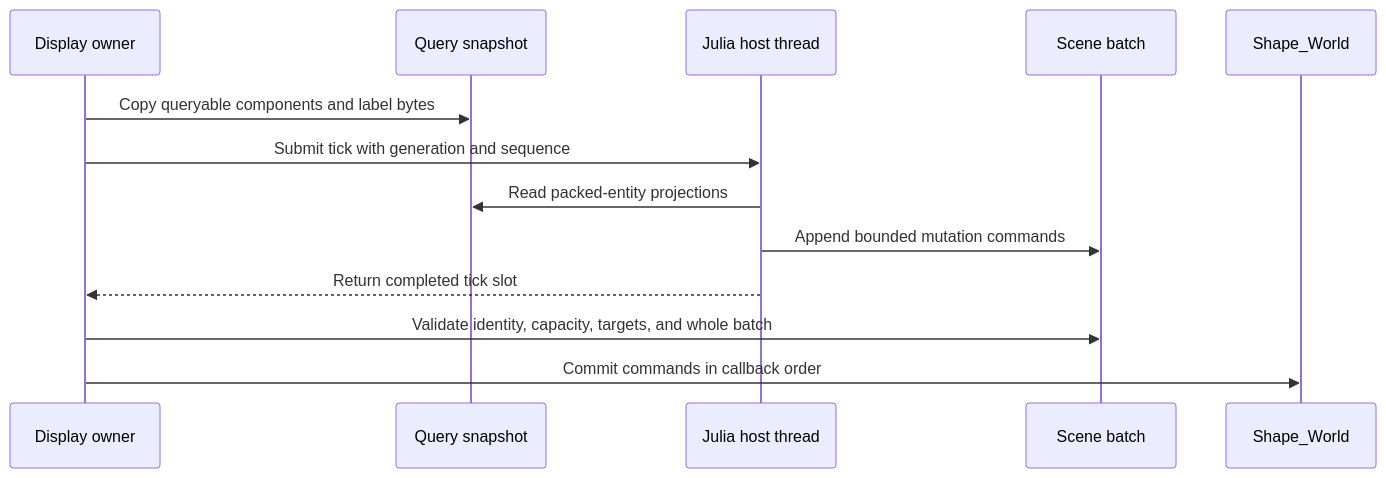
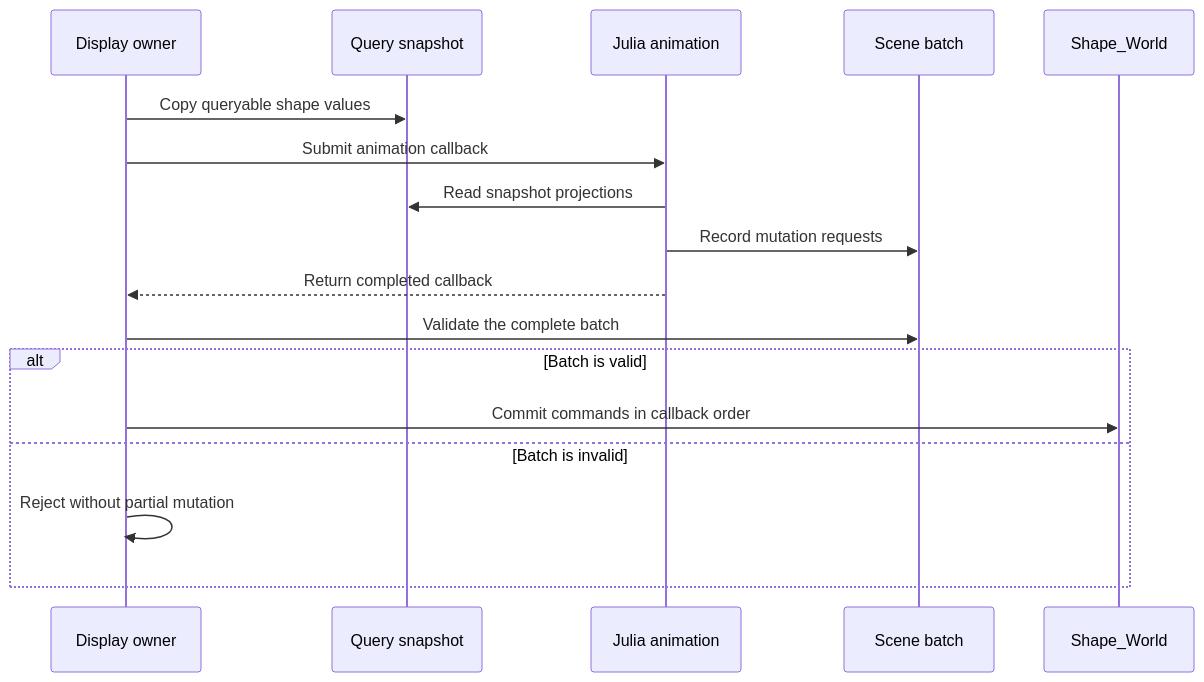
The second of 4 diagrams in docs/wiki/Guides/ShapeSystem.md (derekshoneycutt/Euclid), drawn with Mermaid before and after one commit. The commit also changed other lines of this file and 11 other files, not shown here.

````diff
--- a/docs/wiki/Guides/ShapeSystem.md
+++ b/docs/wiki/Guides/ShapeSystem.md
@@ -276,16 +155,20 @@
 ```mermaid
 sequenceDiagram
     participant D as Display owner
     participant Q as Query snapshot
-    participant J as Julia host thread
+    participant J as Julia animation
     participant B as Scene batch
     participant W as Shape_World
 
-    D->>Q: Copy queryable components and label bytes
-    D->>J: Submit tick with generation and sequence
-    J->>Q: Read packed-entity projections
-    J->>B: Append bounded mutation commands
-    J-->>D: Return completed tick slot
-    D->>B: Validate identity, capacity, targets, and whole batch
-    D->>W: Commit commands in callback order
+    D->>Q: Copy queryable shape values
+    D->>J: Submit animation callback
+    J->>Q: Read snapshot projections
+    J->>B: Record mutation requests
+    J-->>D: Return completed callback
+    D->>B: Validate the complete batch
+    alt Batch is valid
+        D->>W: Commit commands in callback order
+    else Batch is invalid
+        D->>D: Reject without partial mutation
+    end
 ```
````
